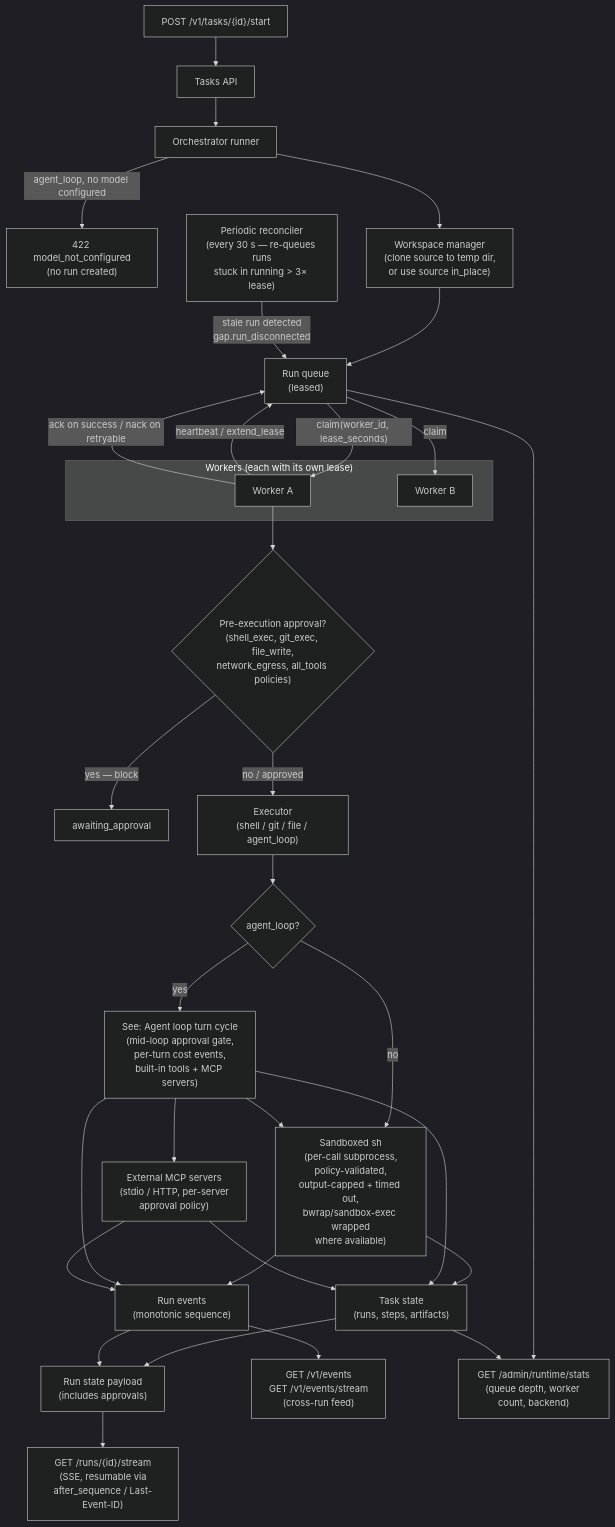
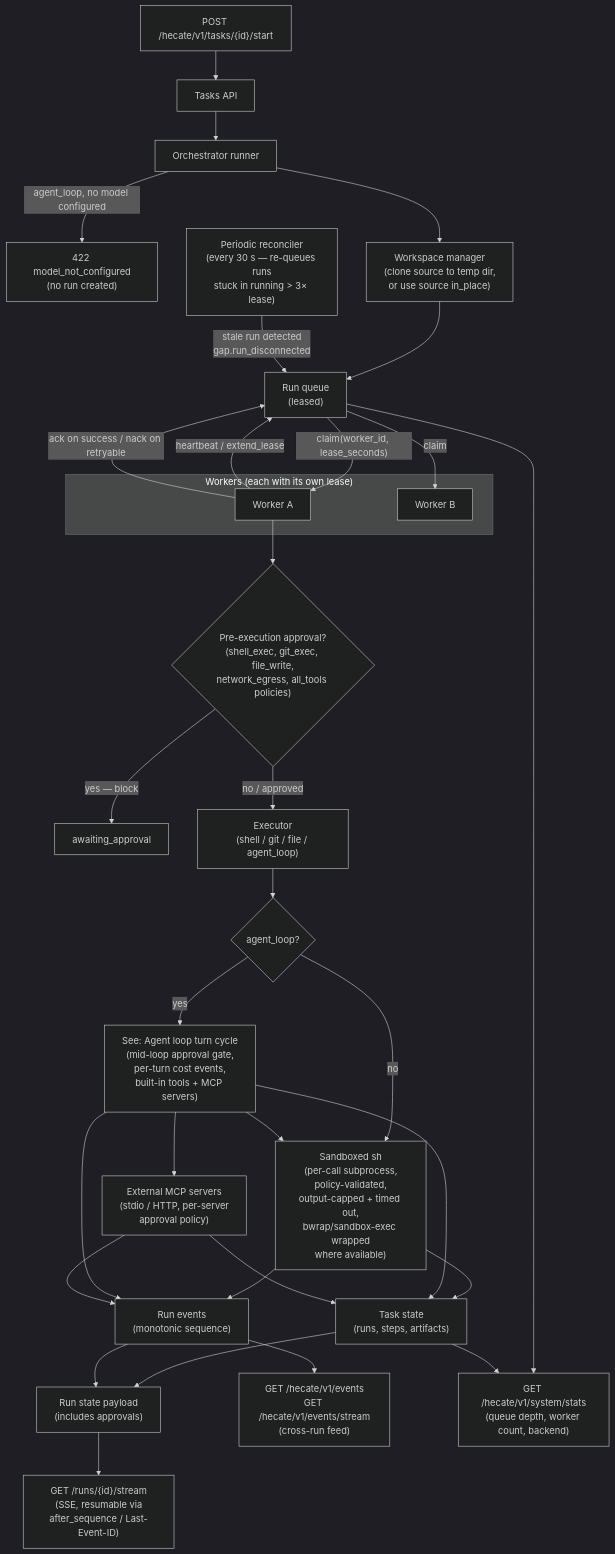
One commit to hecatehq/hecate changed the second of 3 diagrams in docs/architecture.md. Above: the diagram before and after it, drawn with Mermaid (dark theme). The commit also changed 75 other files, not shown here.

First line of the commit message:
feat(api): move Hecate endpoints under /hecate/v1

````diff
--- a/docs/architecture.md
+++ b/docs/architecture.md
@@ -54,47 +54,47 @@
 ```mermaid
 flowchart TD
-    Caller["POST /v1/tasks/{id}/start"] --> TasksApi["Tasks API"]
+    Caller["POST /hecate/v1/tasks/{id}/start"] --> TasksApi["Tasks API"]
     TasksApi --> Runner["Orchestrator runner"]
     Runner -->|"agent_loop, no model configured"| ErrModel["422 model_not_configured<br/>(no run created)"]
     Runner --> Workspace["Workspace manager<br/>(clone source to temp dir,<br/>or use source in_place)"]
     Workspace --> Queue["Run queue<br/>(leased)"]
 
     Reconciler["Periodic reconciler<br/>(every 30 s — re-queues runs<br/>stuck in running > 3× lease)"]
     Reconciler -->|"stale run detected<br/>gap.run_disconnected"| Queue
 
     subgraph Workers["Workers (each with its own lease)"]
         WorkerA["Worker A"]
         WorkerB["Worker B"]
     end
 
     Queue -->|"claim(worker_id, lease_seconds)"| WorkerA
     Queue -->|"claim"| WorkerB
     WorkerA -->|"heartbeat / extend_lease"| Queue
     WorkerA -->|"ack on success / nack on retryable"| Queue
 
     WorkerA --> PreApproval{"Pre-execution approval?<br/>(shell_exec, git_exec, file_write,<br/>network_egress, all_tools policies)"}
     PreApproval -->|"yes — block"| Pending["awaiting_approval"]
     PreApproval -->|"no / approved"| Executor
 
     Executor["Executor<br/>(shell / git / file / agent_loop)"]
     Executor --> AgentLoop{"agent_loop?"}
     AgentLoop -->|"yes"| LoopRef["See: Agent loop turn cycle<br/>(mid-loop approval gate,<br/>per-turn cost events,<br/>built-in tools + MCP servers)"]
     AgentLoop -->|"no"| Sandbox["Sandboxed sh<br/>(per-call subprocess,<br/>policy-validated,<br/>output-capped + timed out,<br/>bwrap/sandbox-exec wrapped<br/>where available)"]
     LoopRef --> Sandbox
     LoopRef --> McpServers["External MCP servers<br/>(stdio / HTTP, per-server<br/>approval policy)"]
 
     Sandbox --> State["Task state<br/>(runs, steps, artifacts)"]
     LoopRef --> State
     McpServers --> State
     Sandbox --> RunEvents["Run events<br/>(monotonic sequence)"]
     LoopRef --> RunEvents
     McpServers --> RunEvents
 
     State --> Snapshot["Run state payload<br/>(includes approvals)"]
     RunEvents --> Snapshot
     Snapshot --> Stream["GET /runs/{id}/stream<br/>(SSE, resumable via<br/>after_sequence / Last-Event-ID)"]
-    RunEvents --> PublicEvents["GET /v1/events<br/>GET /v1/events/stream<br/>(cross-run feed)"]
+    RunEvents --> PublicEvents["GET /hecate/v1/events<br/>GET /hecate/v1/events/stream<br/>(cross-run feed)"]
 
-    Queue --> Stats["GET /admin/runtime/stats<br/>(queue depth, worker count, backend)"]
+    Queue --> Stats["GET /hecate/v1/system/stats<br/>(queue depth, worker count, backend)"]
     State --> Stats
 ```
````
